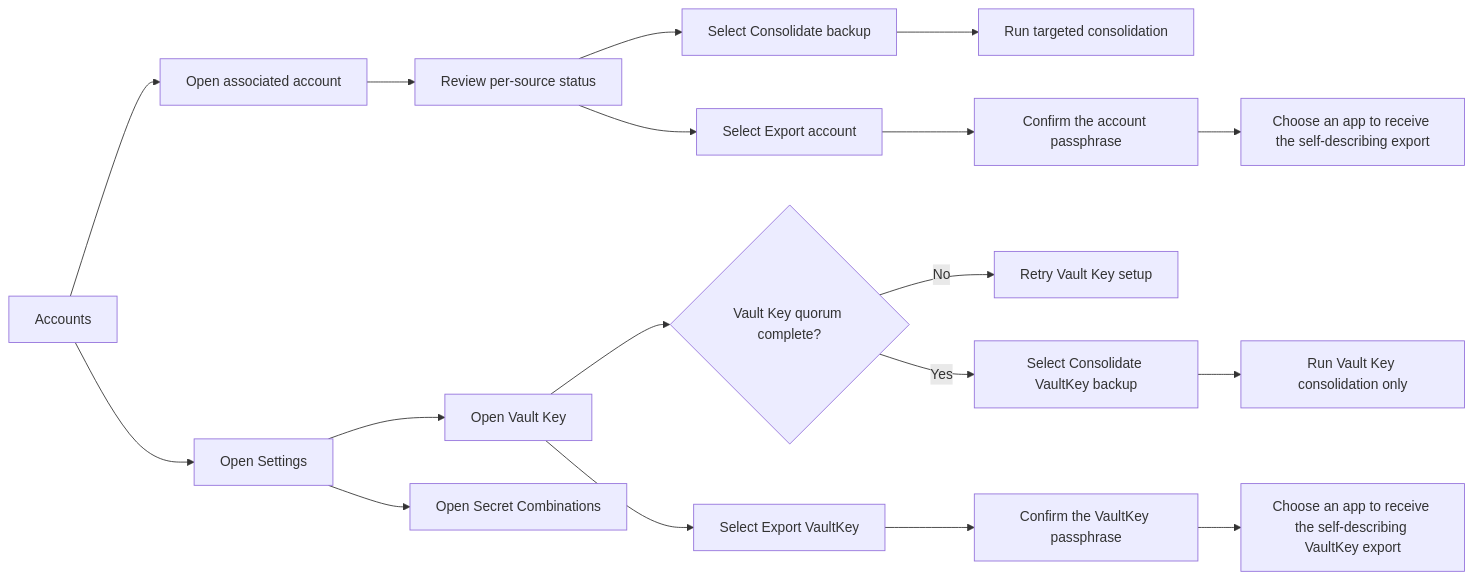
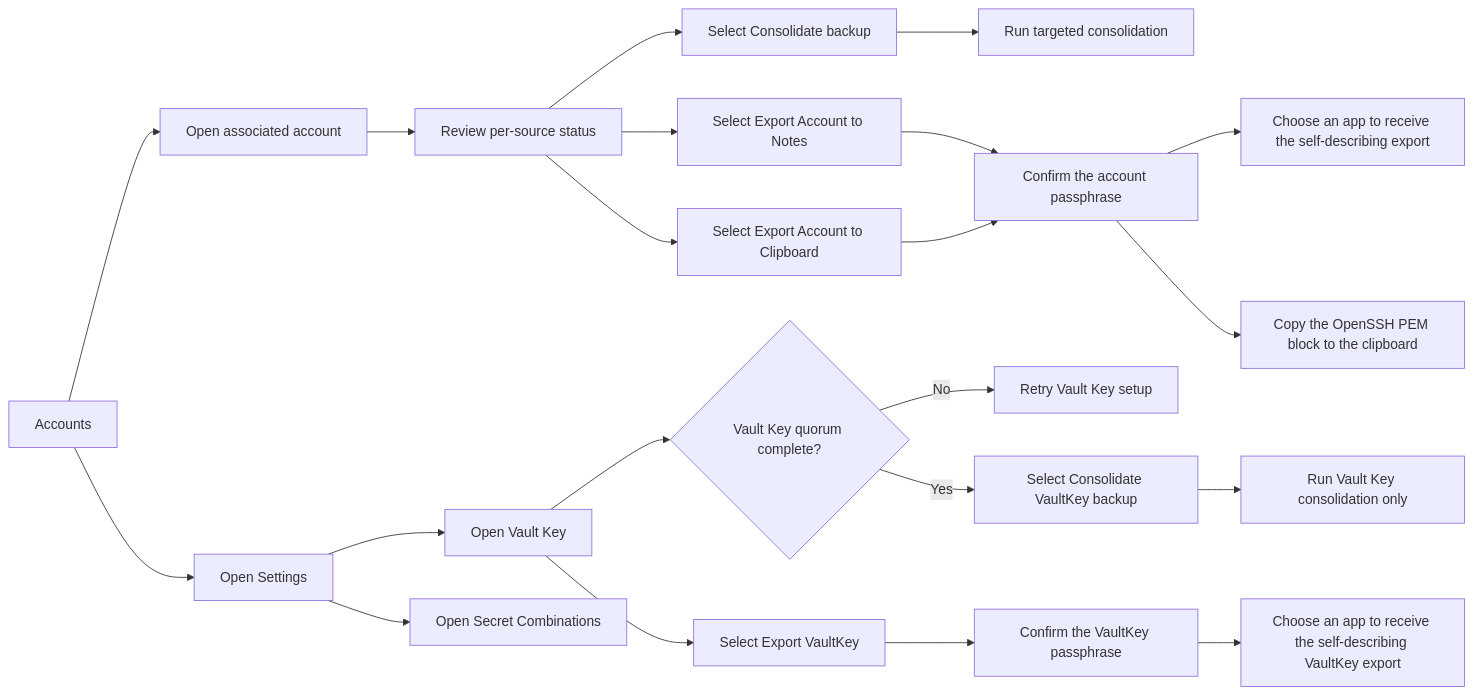
One commit to ZenTenApp/vault-kotlin changed the sixth of 8 diagrams in docs/stakeholder/flowcharts.md. Above: the diagram before and after it, drawn with Mermaid. The commit also changed other lines of this file and 8 other files, not shown here.

Commit message:
feat(accounts): split account export into notes and clipboard actions

````diff
--- a/docs/stakeholder/flowcharts.md
+++ b/docs/stakeholder/flowcharts.md
@@ -213,20 +215,23 @@
 ```mermaid
 flowchart LR
     Accounts["Accounts"] --> Account["Open associated account"]
     Account --> Status["Review per-source status"]
     Status --> One["Select Consolidate backup"]
     One --> Targeted["Run targeted consolidation"]
-    Status --> Export["Select Export account"]
-    Export --> ExportPassphrase["Confirm the account passphrase"]
+    Status --> ExportNotes["Select Export Account to Notes"]
+    ExportNotes --> ExportPassphrase["Confirm the account passphrase"]
     ExportPassphrase --> ExportPick["Choose an app to receive the self-describing export"]
+    Status --> ExportClipboard["Select Export Account to Clipboard"]
+    ExportClipboard --> ExportPassphrase
+    ExportPassphrase --> Clipboard["Copy the OpenSSH PEM block to the clipboard"]
     Accounts --> Settings["Open Settings"]
     Settings --> VaultKey["Open Vault Key"]
     VaultKey --> VaultKeyState{"Vault Key quorum complete?"}
     VaultKeyState -->|No| Retry["Retry Vault Key setup"]
     VaultKeyState -->|Yes| All["Select Consolidate VaultKey backup"]
     All --> Full["Run Vault Key consolidation only"]
     VaultKey --> ExportVK["Select Export VaultKey"]
     ExportVK --> ExportVKPassphrase["Confirm the VaultKey passphrase"]
     ExportVKPassphrase --> ExportVKPick["Choose an app to receive the self-describing VaultKey export"]
     Settings --> SecretCombos["Open Secret Combinations"]
 ```
````
